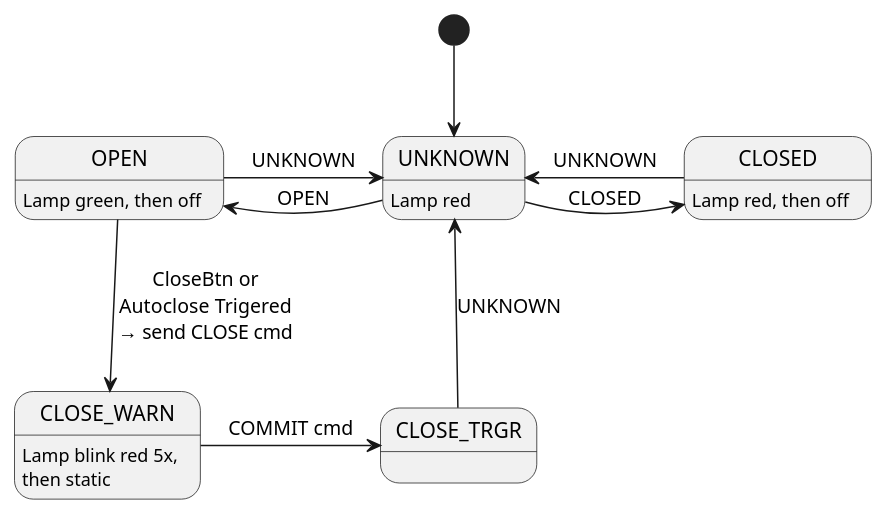
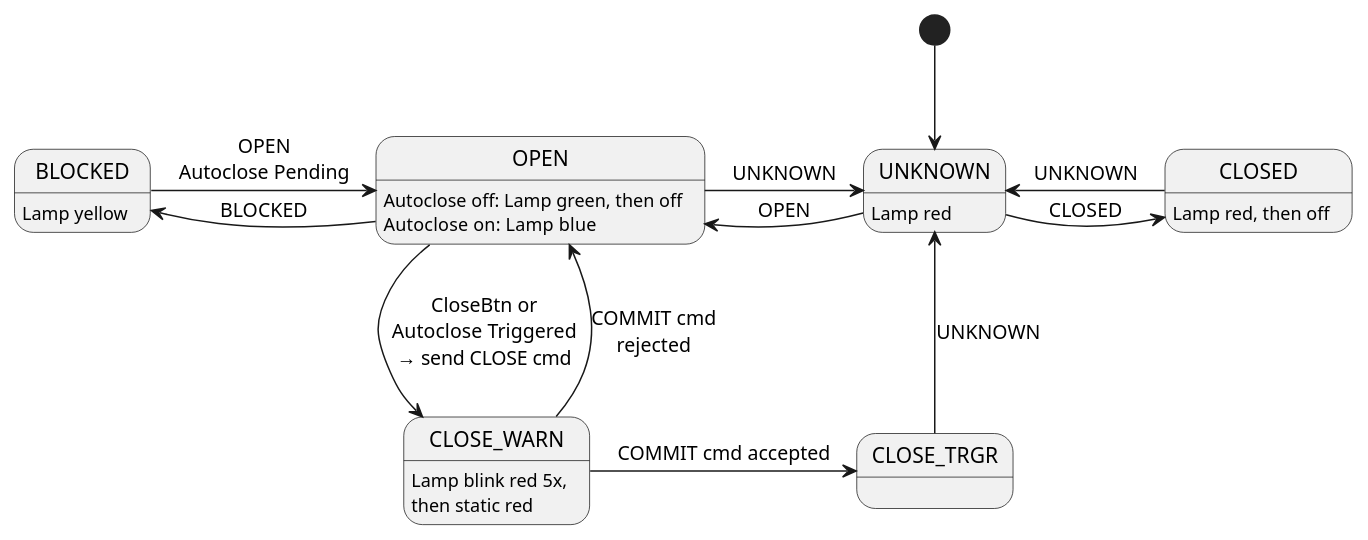
Before and after one commit to Svedrin/gatecontrol: the diagram in docs/nodered.puml, drawn with PlantUML. The commit also changed 1 other file, not shown here.

```diff
--- a/docs/nodered.puml
+++ b/docs/nodered.puml
@@ -1,20 +1,24 @@
 @startuml nodered
 
 [*] --> UNKNOWN
 
+BLOCKED      -right->   OPEN        : OPEN\nAutoclose Pending
 OPEN         -right->   UNKNOWN     : UNKNOWN
 UNKNOWN      -right->   CLOSED      : CLOSED
 
 CLOSED       -left->    UNKNOWN     : UNKNOWN
 UNKNOWN      -left->    OPEN        : OPEN
+OPEN         -left->    BLOCKED     : BLOCKED
 
-OPEN         -down->    CLOSE_WARN  : CloseBtn or\nAutoclose Trigered\n→ send CLOSE cmd
-CLOSE_WARN   -right->   CLOSE_TRGR  : COMMIT cmd
+OPEN         -down->    CLOSE_WARN  : CloseBtn or\nAutoclose Triggered\n→ send CLOSE cmd
+CLOSE_WARN   -right->   CLOSE_TRGR  : COMMIT cmd accepted
+CLOSE_WARN   -up->      OPEN        : COMMIT cmd\nrejected
 CLOSE_TRGR   -up->      UNKNOWN     : UNKNOWN
 
-OPEN:       Lamp green, then off
+BLOCKED:    Lamp yellow
+OPEN:       Autoclose off: Lamp green, then off\nAutoclose on:  Lamp blue
 UNKNOWN:    Lamp red
 CLOSED:     Lamp red, then off
-CLOSE_WARN: Lamp blink red 5x,\nthen static
+CLOSE_WARN: Lamp blink red 5x,\nthen static red
 
 @enduml
```
